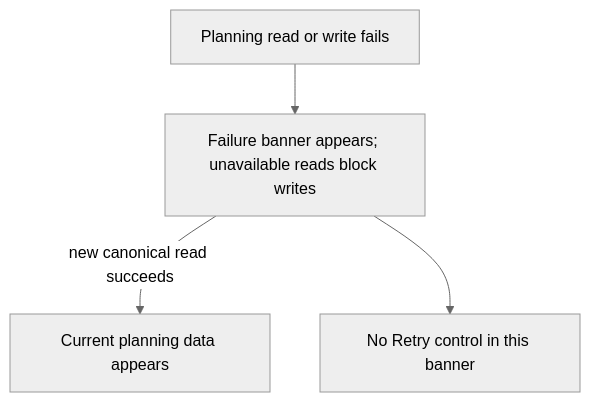
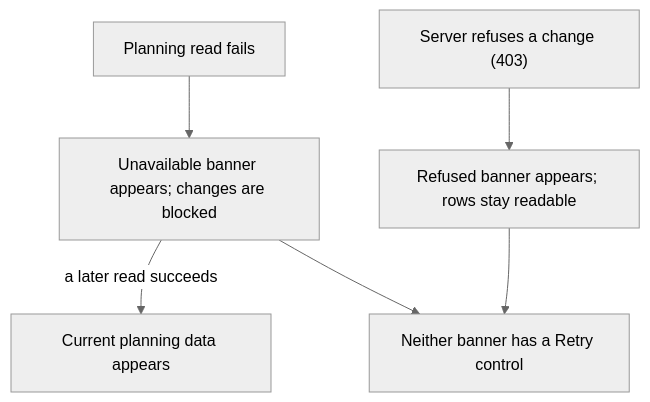
One commit to Kevinjohn/capacitylens changed the first of 2 diagrams in user-stories/navigation/US-NAV-04-persist-error-banner.md. Above: the diagram before and after it, drawn with Mermaid (neutral theme). The commit also changed other lines of this file and 119 other files, not shown here.

First line of the commit message:
docs: correct story text and flow diagrams against current source

````diff
--- a/user-stories/navigation/US-NAV-04-persist-error-banner.md
+++ b/user-stories/navigation/US-NAV-04-persist-error-banner.md
@@ -21,6 +23,8 @@
 ```mermaid
 flowchart TD
-  read["Planning read or write fails"] --> banner["Failure banner appears; unavailable reads block writes"]
-  banner -->|new canonical read succeeds| current["Current planning data appears"]
-  banner --> noRetry["No Retry control in this banner"]
+  read["Planning read fails"] --> banner["Unavailable banner appears; changes are blocked"]
+  banner -->|a later read succeeds| current["Current planning data appears"]
+  refused["Server refuses a change (403)"] --> refusedBanner["Refused banner appears; rows stay readable"]
+  banner --> noRetry["Neither banner has a Retry control"]
+  refusedBanner --> noRetry
 ```
````
